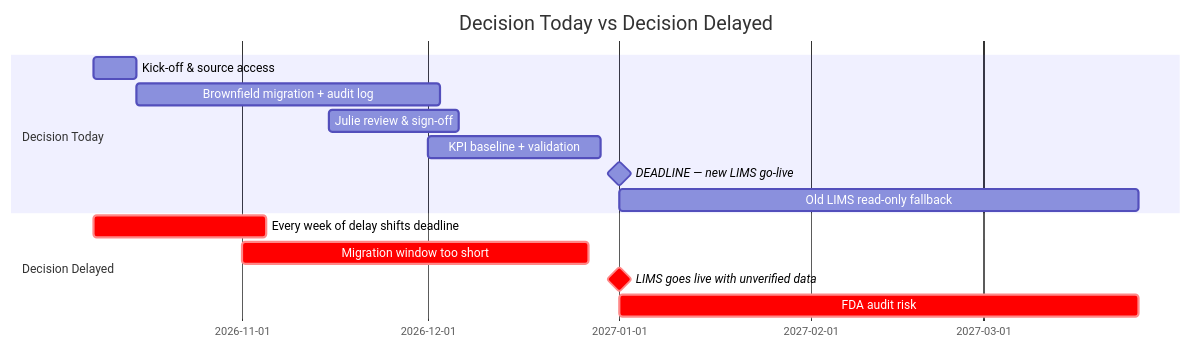
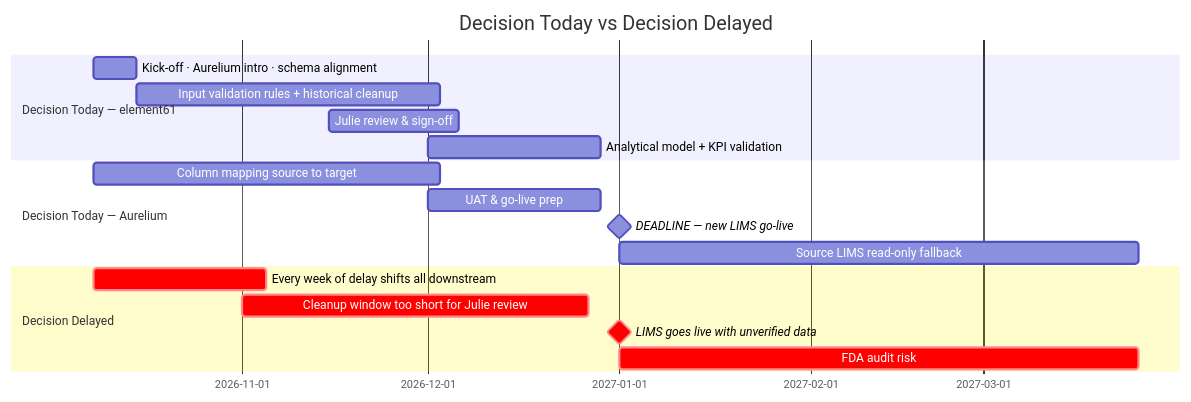
One commit to stefanoslucenae61/hackton_apopo changed the second of 2 diagrams in meeting-notes/poc-presentation-plan.md. Above: the diagram before and after it, drawn with Mermaid. The commit also changed other lines of this file, not shown here.

Commit message:
Revise POC presentation plan: update one-sentence pitch, enhance assumptions section, and clarify data quality challenges for FDA readiness.

````diff
--- a/meeting-notes/poc-presentation-plan.md
+++ b/meeting-notes/poc-presentation-plan.md
@@ -151,17 +169,20 @@
 ```mermaid
 gantt
     title Decision Today vs Decision Delayed
     dateFormat  YYYY-MM-DD
-    section Decision Today
-    Kick-off & source access           :h1a, 2026-10-08, 1w
-    Brownfield migration + audit log   :h1b, 2026-10-15, 7w
-    Julie review & sign-off            :h1c, 2026-11-15, 3w
-    KPI baseline + validation          :h1d, 2026-12-01, 4w
-    DEADLINE — new LIMS go-live        :milestone, 2027-01-01, 0d
-    Old LIMS read-only fallback        :h1e, 2027-01-01, 12w
+    section Decision Today — element61
+    Kick-off · Aurelium intro · schema alignment  :h1a, 2026-10-08, 1w
+    Input validation rules + historical cleanup   :h1b, 2026-10-15, 7w
+    Julie review & sign-off                       :h1c, 2026-11-15, 3w
+    Analytical model + KPI validation             :h1d, 2026-12-01, 4w
+    section Decision Today — Aurelium
+    Column mapping source to target               :a1, 2026-10-08, 8w
+    UAT & go-live prep                            :a2, 2026-12-01, 4w
+    DEADLINE — new LIMS go-live                   :milestone, 2027-01-01, 0d
+    Source LIMS read-only fallback                :h1e, 2027-01-01, 12w
     section Decision Delayed
-    Every week of delay shifts deadline:crit, delay, 2026-10-08, 4w
-    Migration window too short         :crit, 2026-11-01, 8w
-    LIMS goes live with unverified data:milestone, crit, 2027-01-01, 0d
-    FDA audit risk                     :crit, 2027-01-01, 12w
+    Every week of delay shifts all downstream     :crit, delay, 2026-10-08, 4w
+    Cleanup window too short for Julie review     :crit, 2026-11-01, 8w
+    LIMS goes live with unverified data           :milestone, crit, 2027-01-01, 0d
+    FDA audit risk                                :crit, 2027-01-01, 12w
 ```
````
